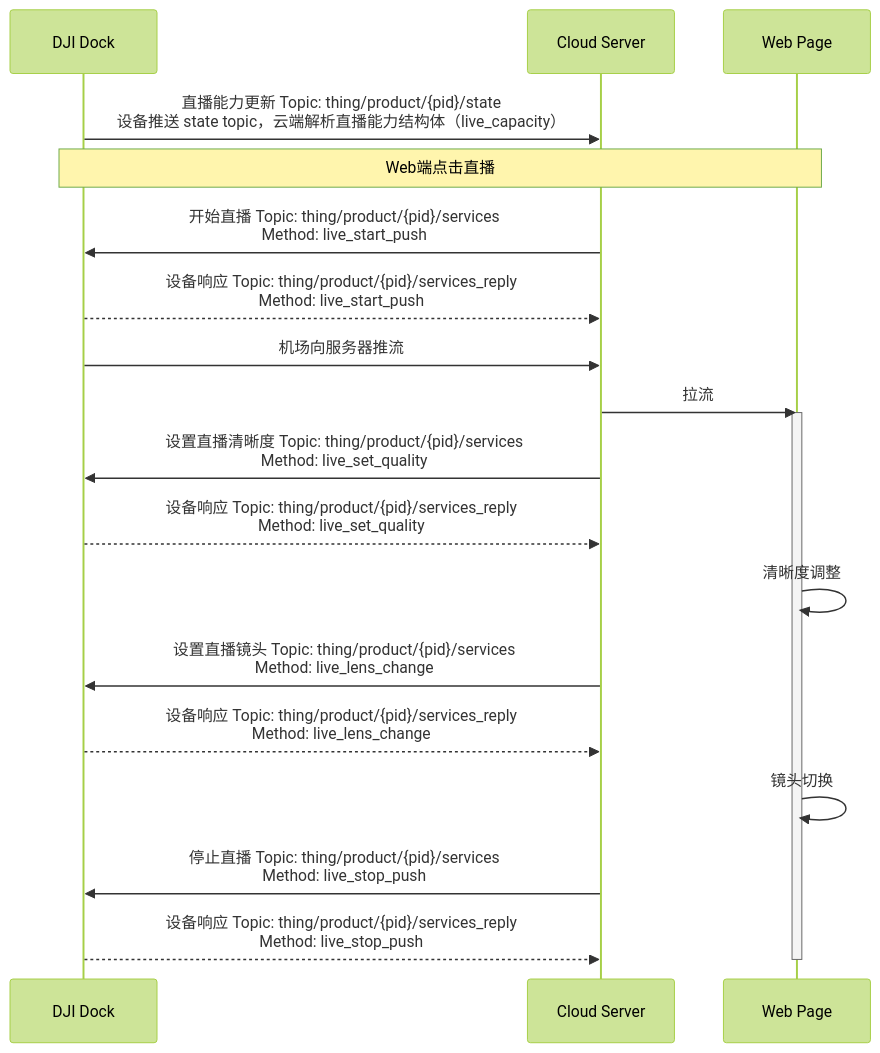
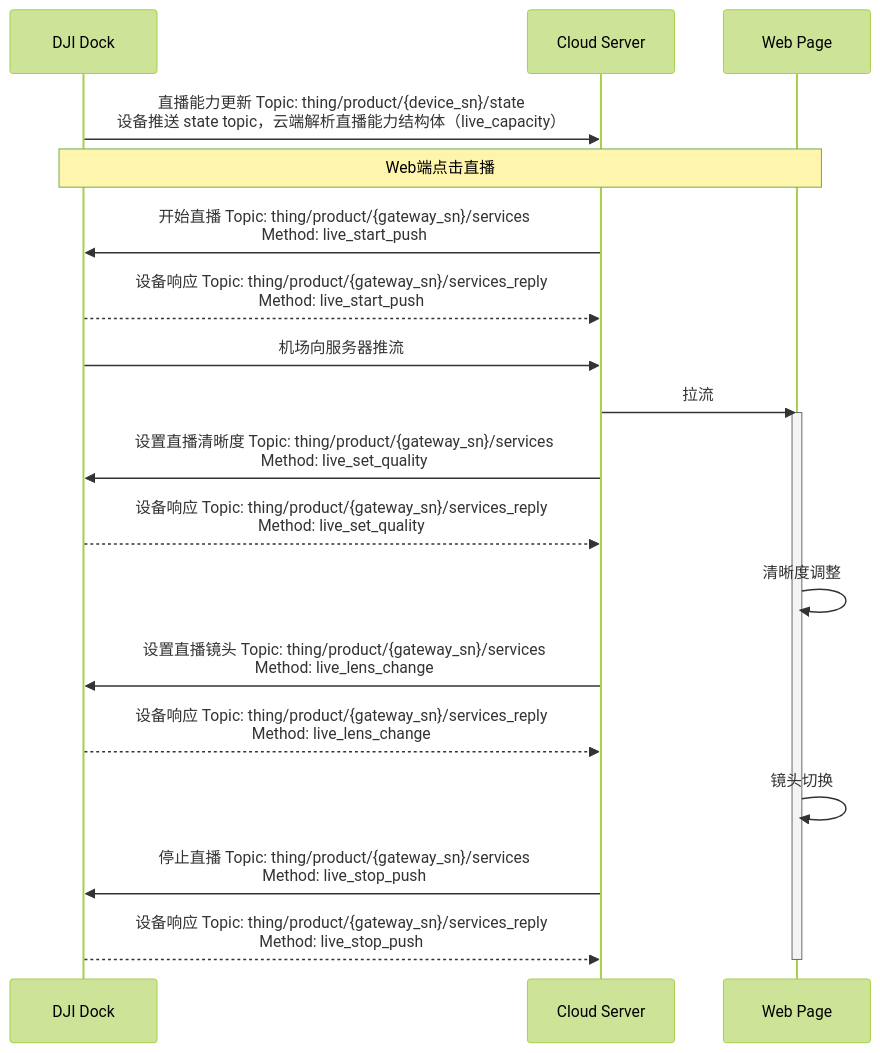
One commit to dji-sdk/Cloud-API-Doc changed the diagram in docs/cn/30.feature-set/20.dock-feature-set/30.dock-livestream.md. Above: the diagram before and after it, drawn with Mermaid (forest theme). The commit also changed 72 other files, not shown here.

````diff
--- a/docs/cn/30.feature-set/20.dock-feature-set/30.dock-livestream.md
+++ b/docs/cn/30.feature-set/20.dock-feature-set/30.dock-livestream.md
@@ -25,32 +25,32 @@
 ```mermaid
 sequenceDiagram
 participant client as DJI Dock
 participant server as Cloud Server
 participant h5 as Web Page
 
-client ->> server: 直播能力更新 Topic: thing/product/{pid}/state<br/>设备推送 state topic，云端解析直播能力结构体（live_capacity）
+client ->> server: 直播能力更新 Topic: thing/product/{device_sn}/state<br/>设备推送 state topic，云端解析直播能力结构体（live_capacity）
 
 
 note over client,h5: Web端点击直播
 
-server ->> client: 开始直播 Topic: thing/product/{pid}/services<br/>Method: live_start_push
-client -->> server: 设备响应 Topic: thing/product/{pid}/services_reply<br/>Method: live_start_push
+server ->> client: 开始直播 Topic: thing/product/{gateway_sn}/services<br/>Method: live_start_push
+client -->> server: 设备响应 Topic: thing/product/{gateway_sn}/services_reply<br/>Method: live_start_push
 
 client ->> server: 机场向服务器推流
 server ->> h5: 拉流
 activate h5
 
-server ->> client: 设置直播清晰度 Topic: thing/product/{pid}/services<br/>Method: live_set_quality
-client -->> server: 设备响应 Topic: thing/product/{pid}/services_reply<br/>Method: live_set_quality
+server ->> client: 设置直播清晰度 Topic: thing/product/{gateway_sn}/services<br/>Method: live_set_quality
+client -->> server: 设备响应 Topic: thing/product/{gateway_sn}/services_reply<br/>Method: live_set_quality
 h5 ->> h5: 清晰度调整
 
-server ->> client: 设置直播镜头 Topic: thing/product/{pid}/services<br/>Method: live_lens_change
-client -->> server: 设备响应 Topic: thing/product/{pid}/services_reply<br/>Method: live_lens_change
+server ->> client: 设置直播镜头 Topic: thing/product/{gateway_sn}/services<br/>Method: live_lens_change
+client -->> server: 设备响应 Topic: thing/product/{gateway_sn}/services_reply<br/>Method: live_lens_change
 h5 ->> h5: 镜头切换
 
-server ->> client: 停止直播 Topic: thing/product/{pid}/services<br/>Method: live_stop_push
-client -->> server: 设备响应 Topic: thing/product/{pid}/services_reply<br/>Method: live_stop_push
+server ->> client: 停止直播 Topic: thing/product/{gateway_sn}/services<br/>Method: live_stop_push
+client -->> server: 设备响应 Topic: thing/product/{gateway_sn}/services_reply<br/>Method: live_stop_push
 
 deactivate h5
 
 ```
````
